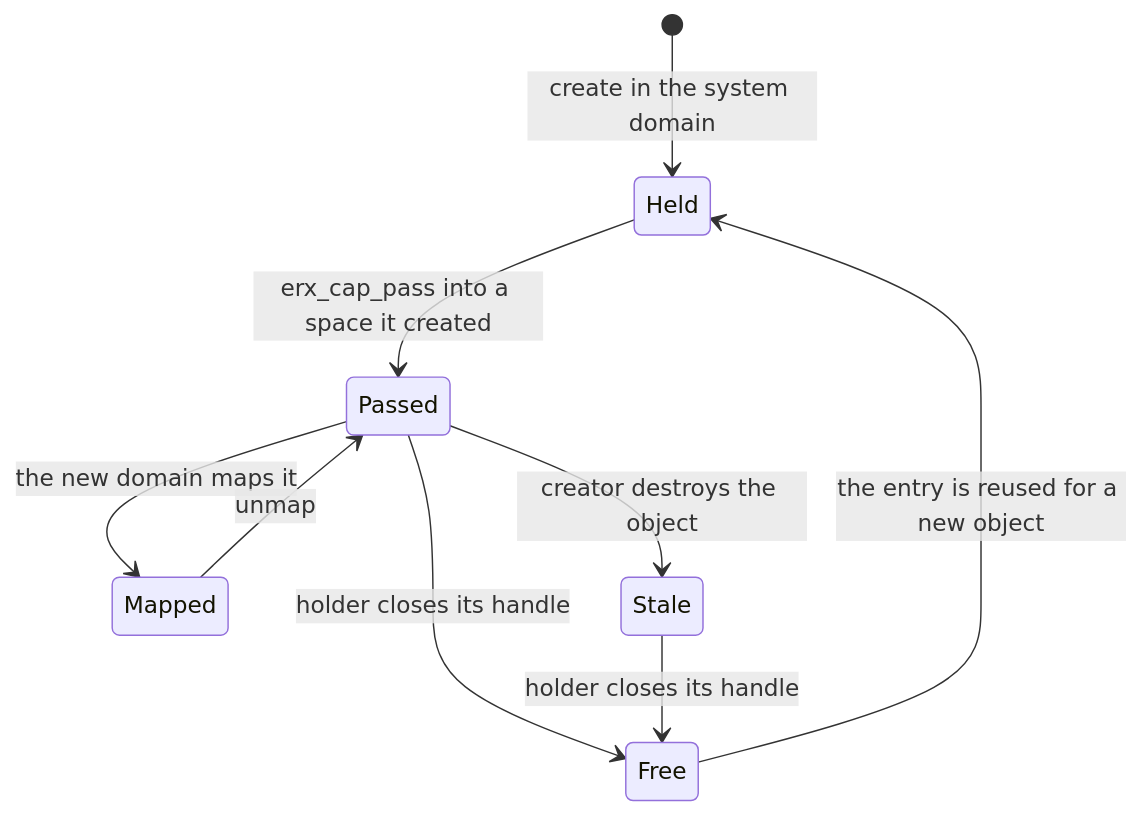
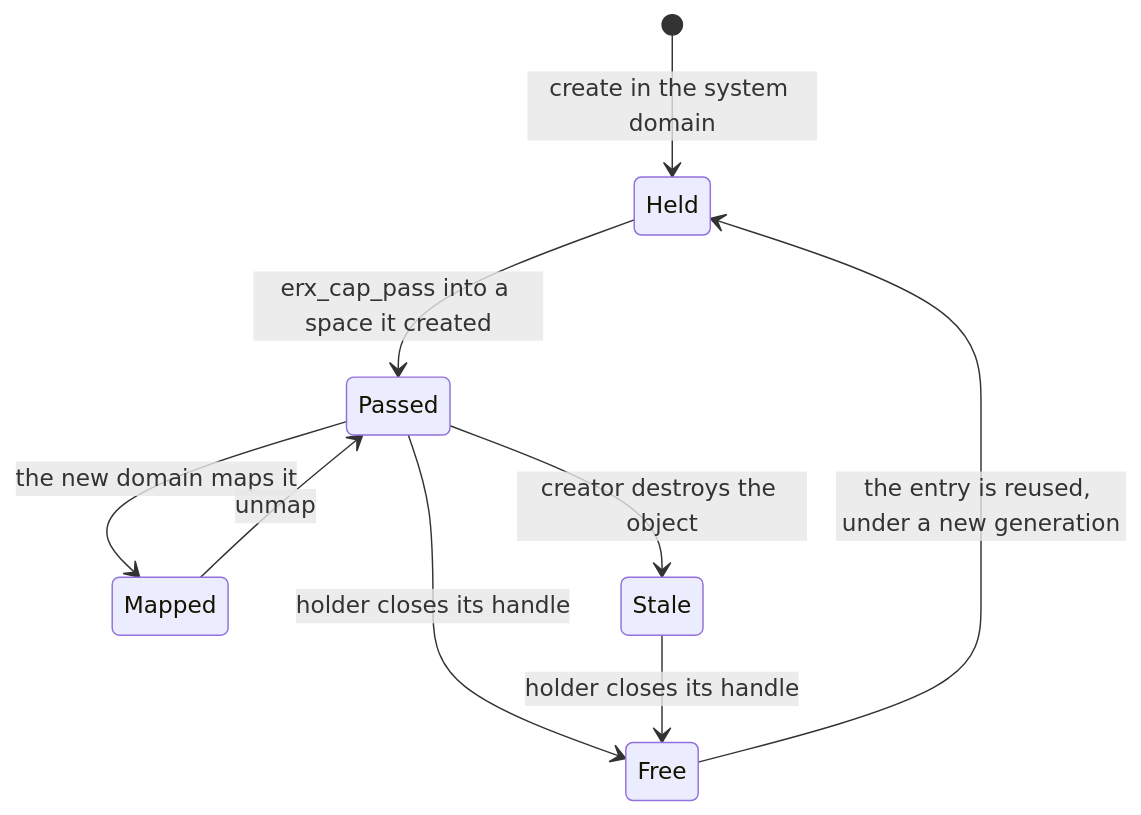
The third of 3 diagrams in docs/book/08-kernel-interface.md (nshkrdotcom/erXos), drawn with Mermaid before and after one commit. The commit also changed other lines of this file and 7 other files, not shown here.

````diff
--- a/docs/book/08-kernel-interface.md
+++ b/docs/book/08-kernel-interface.md
@@ -602,11 +606,11 @@
 ```mermaid
 stateDiagram-v2
   [*] --> Held: create in the system domain
   Held --> Passed: erx_cap_pass into a space it created
   Passed --> Mapped: the new domain maps it
   Mapped --> Passed: unmap
   Passed --> Stale: creator destroys the object
   Passed --> Free: holder closes its handle
   Stale --> Free: holder closes its handle
-  Free --> Held: the entry is reused for a new object
+  Free --> Held: the entry is reused, under a new generation
 ```
````
